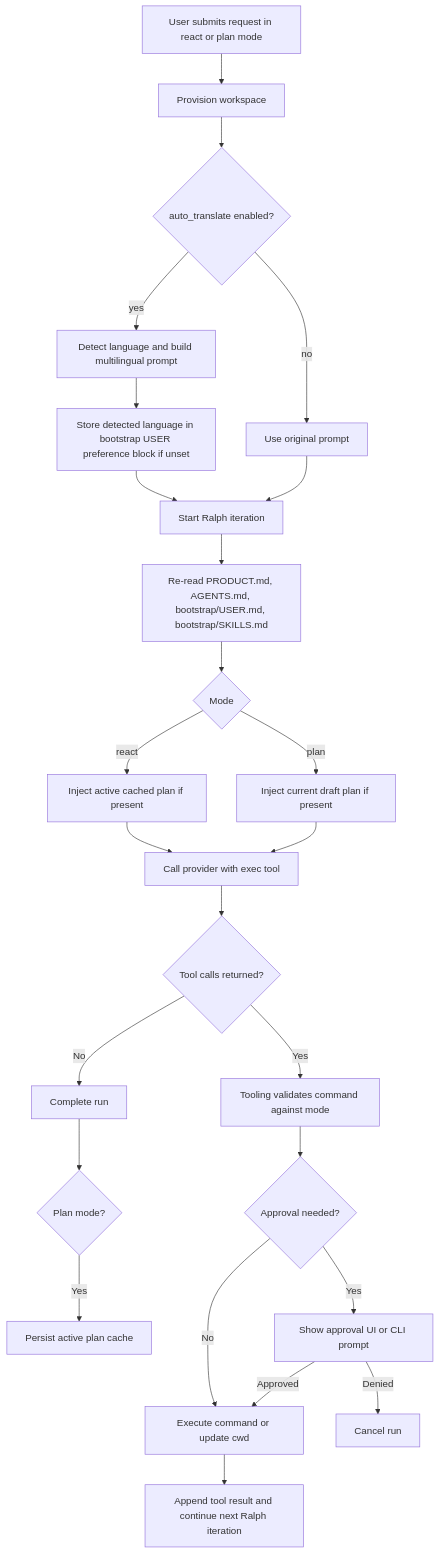
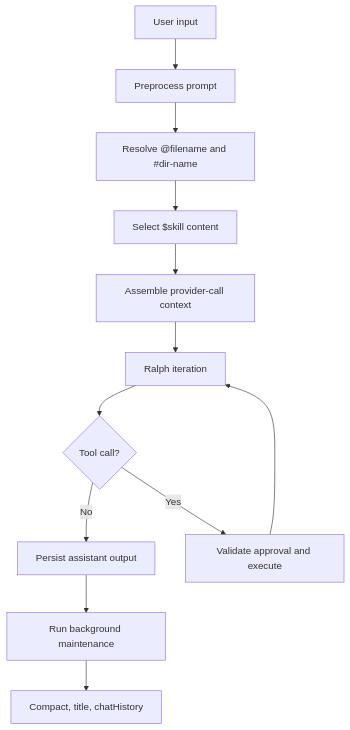
The diagram in docs/architecture.md (keonho-kim/orch), drawn with Mermaid before and after one commit. The commit also changed other lines of this file and 90 other files, not shown here.

````diff
--- a/docs/architecture.md
+++ b/docs/architecture.md
@@ -36,27 +29,14 @@
 ```mermaid
 flowchart TD
-    A[User submits request in react or plan mode] --> B[Provision workspace]
-    B --> C{auto_translate enabled?}
-    C -->|yes| D[Detect language and build multilingual prompt]
-    C -->|no| E[Use original prompt]
-    D --> F[Store detected language in bootstrap USER preference block if unset]
-    F --> G[Start Ralph iteration]
-    E --> G
-    G --> H[Re-read PRODUCT.md, AGENTS.md, bootstrap/USER.md, bootstrap/SKILLS.md]
-    H --> I{Mode}
-    I -->|react| J[Inject active cached plan if present]
-    I -->|plan| K[Inject current draft plan if present]
-    J --> L[Call provider with exec tool]
-    K --> L
-    L --> M{Tool calls returned?}
-    M -->|No| N[Complete run]
-    M -->|Yes| O[Tooling validates command against mode]
-    O --> P{Approval needed?}
-    P -->|No| Q[Execute command or update cwd]
-    P -->|Yes| R[Show approval UI or CLI prompt]
-    R -->|Approved| Q
-    R -->|Denied| S[Cancel run]
-    Q --> T[Append tool result and continue next Ralph iteration]
-    N --> U{Plan mode?}
-    U -->|Yes| V[Persist active plan cache]
+    U[User input] --> P[Preprocess prompt]
+    P --> R[Resolve @filename and #dir-name]
+    R --> S[Select $skill content]
+    S --> C[Assemble provider-call context]
+    C --> L[Ralph iteration]
+    L --> T{Tool call?}
+    T -->|No| A[Persist assistant output]
+    T -->|Yes| V[Validate approval and execute]
+    V --> L
+    A --> M[Run background maintenance]
+    M --> H[Compact, title, chatHistory]
 ```
````
